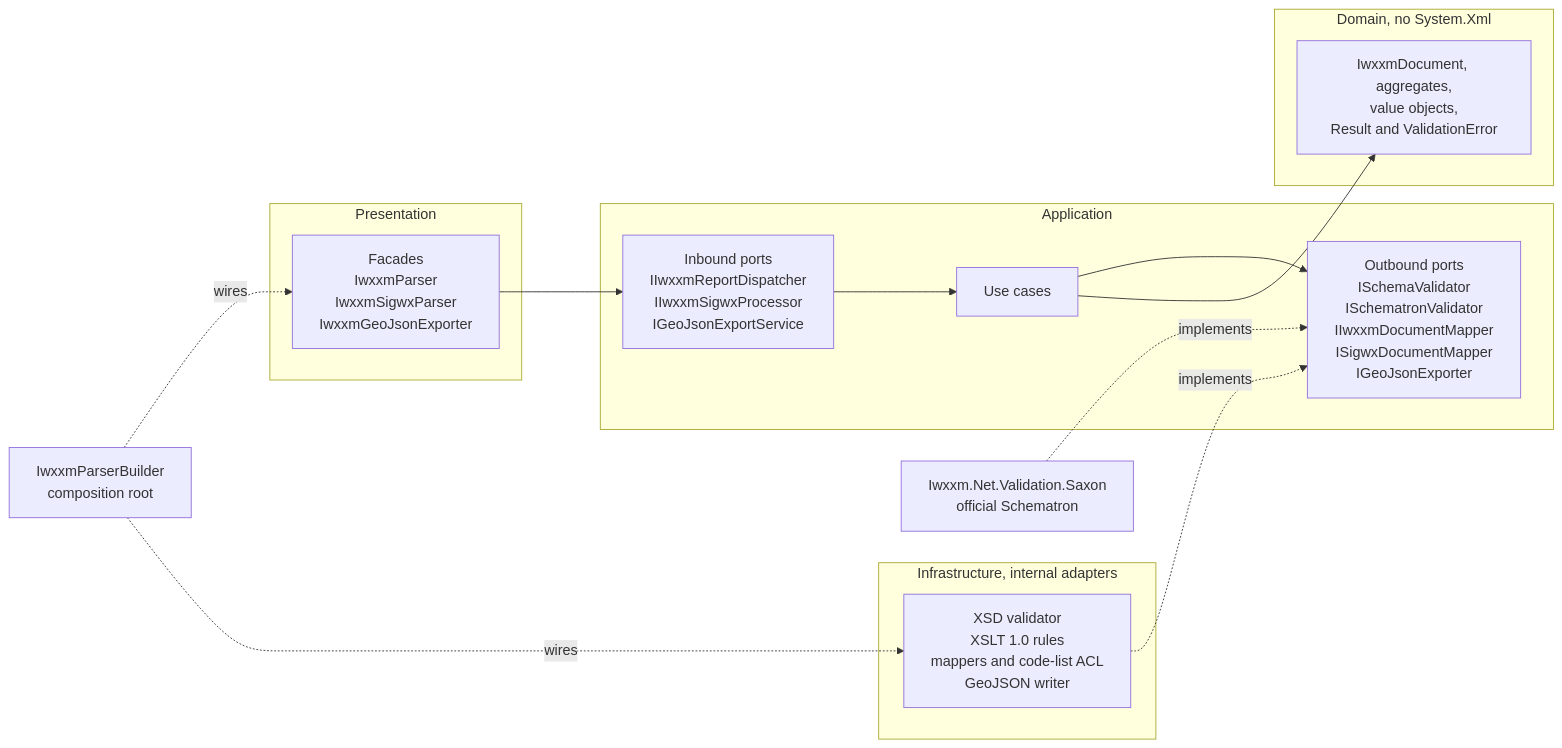
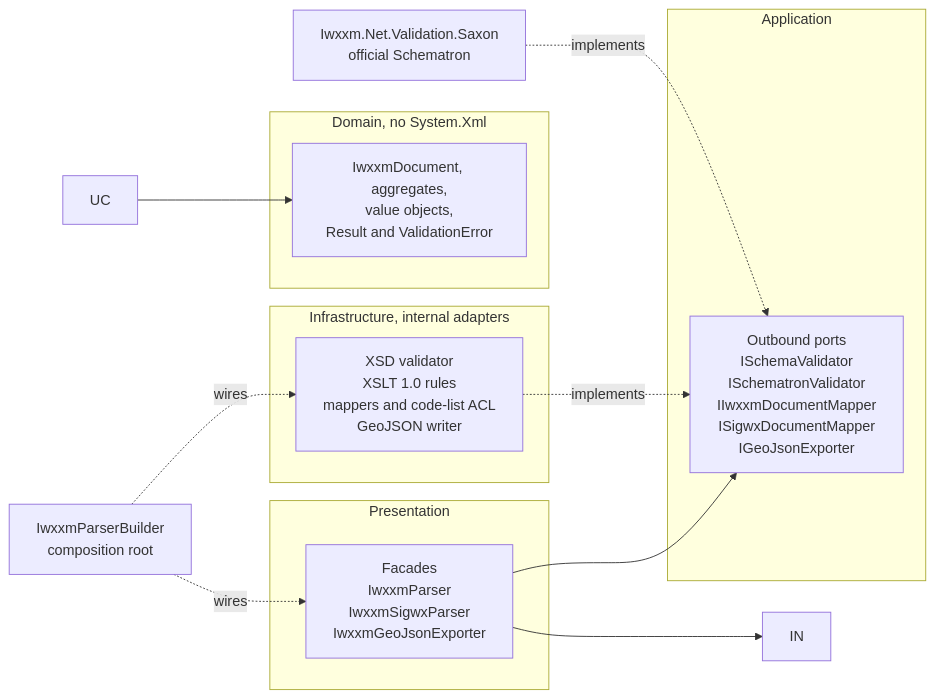
One commit to 0neTX/Iwxxm.Net changed the second of 5 diagrams in docs/GUIDE.md. Above: the diagram before and after it, drawn with Mermaid. The commit also changed 18 other files, not shown here.

First line of the commit message:
refactor!: fold inbound ports and use cases into the facades

````diff
--- a/docs/GUIDE.md
+++ b/docs/GUIDE.md
@@ -108,27 +108,25 @@
 ```mermaid
 flowchart LR
     subgraph Presentation["Presentation"]
         F["Facades<br/>IwxxmParser<br/>IwxxmSigwxParser<br/>IwxxmGeoJsonExporter"]
     end
     subgraph Application["Application"]
-        IN["Inbound ports<br/>IIwxxmReportDispatcher<br/>IIwxxmSigwxProcessor<br/>IGeoJsonExportService"]
-        UC["Use cases"]
         OUT["Outbound ports<br/>ISchemaValidator<br/>ISchematronValidator<br/>IIwxxmDocumentMapper<br/>ISigwxDocumentMapper<br/>IGeoJsonExporter"]
-        IN --> UC --> OUT
+        F --> OUT
     end
     subgraph DomainLayer["Domain, no System.Xml"]
         D["IwxxmDocument, aggregates,<br/>value objects,<br/>Result and ValidationError"]
     end
     subgraph Infrastructure["Infrastructure, internal adapters"]
         A["XSD validator<br/>XSLT 1.0 rules<br/>mappers and code-list ACL<br/>GeoJSON writer"]
     end
     SAX["Iwxxm.Net.Validation.Saxon<br/>official Schematron"]
     B["IwxxmParserBuilder<br/>composition root"]
 
     F --> IN
     UC --> D
     A -.implements.-> OUT
     SAX -.implements.-> OUT
     B -.wires.-> F
     B -.wires.-> A
 ```
````
